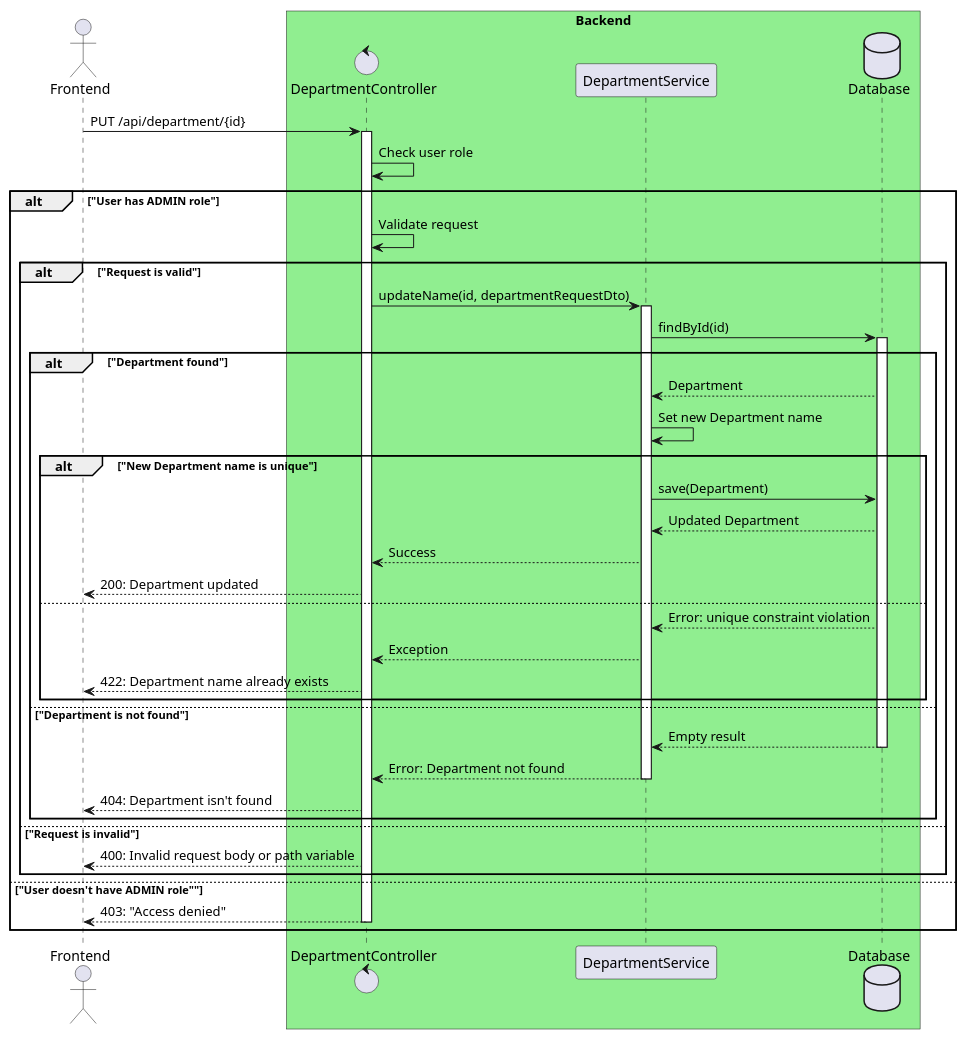
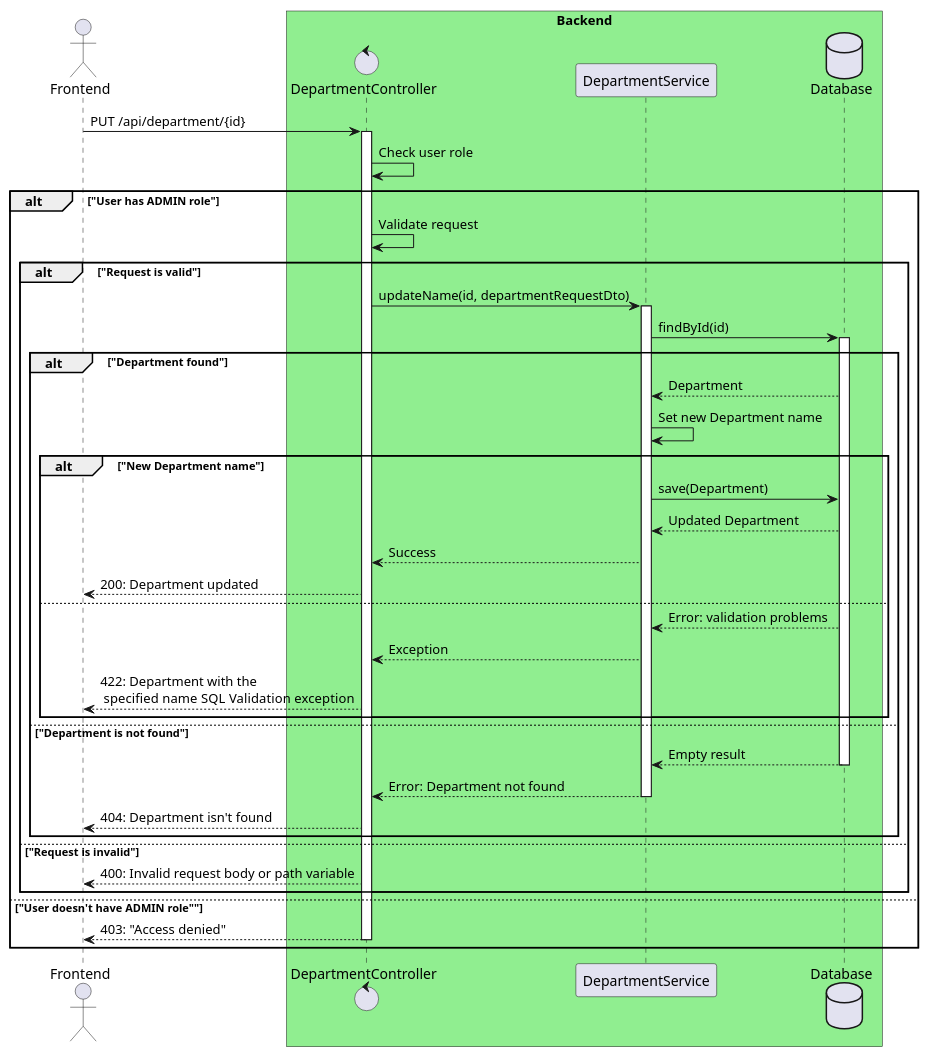
One commit to Sh1bari/CaseLabProject changed the diagram in documentation/sequence-diagrams/DepartmentController/updateDepartmentNameById.puml. Above: the diagram before and after it, drawn with PlantUML. The commit also changed 5 other files, not shown here.

```diff
--- a/documentation/sequence-diagrams/DepartmentController/updateDepartmentNameById.puml
+++ b/documentation/sequence-diagrams/DepartmentController/updateDepartmentNameById.puml
@@ -1,45 +1,45 @@
 @startuml
 
 actor "Frontend" as front
 
 box "Backend" #Lightgreen
 control "DepartmentController" as controller
 participant "DepartmentService" as service
 database "Database" as db
 end box
 
 'autonumber
 
 front -> controller++: PUT /api/department/{id}
 controller -> controller: Check user role
 alt "User has ADMIN role"
     controller -> controller: Validate request
     alt "Request is valid"
         controller -> service++: updateName(id, departmentRequestDto)
         service -> db++: findById(id)
         alt "Department found"
             db --> service: Department
             service -> service: Set new Department name
-            alt "New Department name is unique"
+            alt "New Department name"
                 service -> db: save(Department)
                 db --> service: Updated Department
                 service --> controller: Success
                 controller --> front: 200: Department updated
             else
-                db --> service: Error: unique constraint violation
+                db --> service: Error: validation problems
                 service --> controller: Exception
-                controller --> front: 422: Department name already exists
+                controller --> front: 422: Department with the \n specified name  SQL Validation exception
             end
         else "Department is not found"
             db --> service--: Empty result
             service --> controller--: Error: Department not found
             controller --> front: 404: Department isn't found
         end
     else "Request is invalid"
         controller --> front: 400: Invalid request body or path variable
     end
 else "User doesn't have ADMIN role""
     controller --> front--: 403: "Access denied"
 end
 
 @enduml
```
